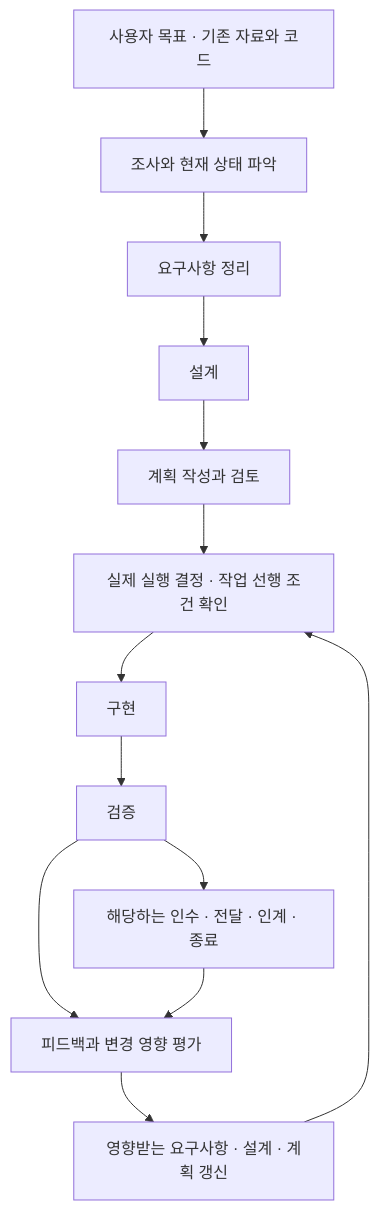
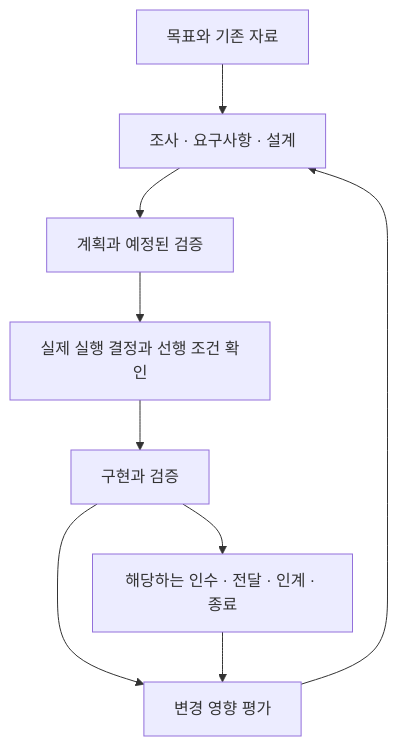
Before and after one commit to exoluse/project_harness: the diagram in README.md, drawn with Mermaid. The commit also changed other lines of this file and 1 other file, not shown here.

````diff
--- a/README.md
+++ b/README.md
@@ -132,15 +191,11 @@
 ```mermaid
 flowchart TD
-    A["사용자 목표 · 기존 자료와 코드"] --> B["조사와 현재 상태 파악"]
-    B --> C["요구사항 정리"]
-    C --> D["설계"]
-    D --> E["계획 작성과 검토"]
-    E --> F["실제 실행 결정 · 작업 선행 조건 확인"]
-    F --> G["구현"]
-    G --> H["검증"]
-    H --> I["해당하는 인수 · 전달 · 인계 · 종료"]
-    H --> J["피드백과 변경 영향 평가"]
-    I --> J
-    J --> K["영향받는 요구사항 · 설계 · 계획 갱신"]
-    K --> F
+    A["목표와 기존 자료"] --> B["조사 · 요구사항 · 설계"]
+    B --> C["계획과 예정된 검증"]
+    C --> D["실제 실행 결정과 선행 조건 확인"]
+    D --> E["구현과 검증"]
+    E --> F["해당하는 인수 · 전달 · 인계 · 종료"]
+    E --> G["변경 영향 평가"]
+    F --> G
+    G --> B
 ```
````
